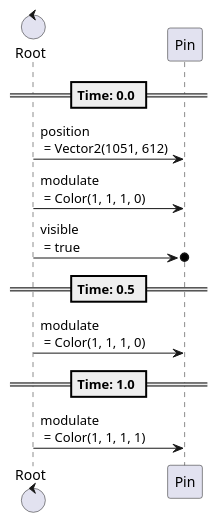
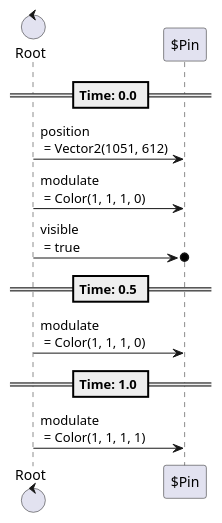
Diagram 14 of 24 in content/scenes/src/beginning/chapters/chapters.tscn.adoc (tkmfujise/Platformer-Game-Learning), drawn with PlantUML before and after one commit. The commit also changed other lines of this file and 31 other files, not shown here.

Commit message:
Add prefix $ to node name in animation sequences

```diff
--- a/content/scenes/src/beginning/chapters/chapters.tscn.adoc
+++ b/content/scenes/src/beginning/chapters/chapters.tscn.adoc
@@ -587,18 +587,18 @@
 [plantuml]
 ....
-control "Root" as Root
-participant "Pin" as T0
+control "Root" as R
+participant "$Pin" as T0
 
 
 
 == Time: 0.0 ==
-Root  ->  T0 : position\n = Vector2(1051, 612)
-Root  ->  T0 : modulate\n = Color(1, 1, 1, 0)
-Root  ->o  T0 : visible\n = true
+R  ->  T0 : position\n = Vector2(1051, 612)
+R  ->  T0 : modulate\n = Color(1, 1, 1, 0)
+R  ->o  T0 : visible\n = true
 == Time: 0.5 ==
-Root  ->  T0 : modulate\n = Color(1, 1, 1, 0)
+R  ->  T0 : modulate\n = Color(1, 1, 1, 0)
 == Time: 1.0 ==
-Root  ->  T0 : modulate\n = Color(1, 1, 1, 1)
+R  ->  T0 : modulate\n = Color(1, 1, 1, 1)
 
 
 ....
```
